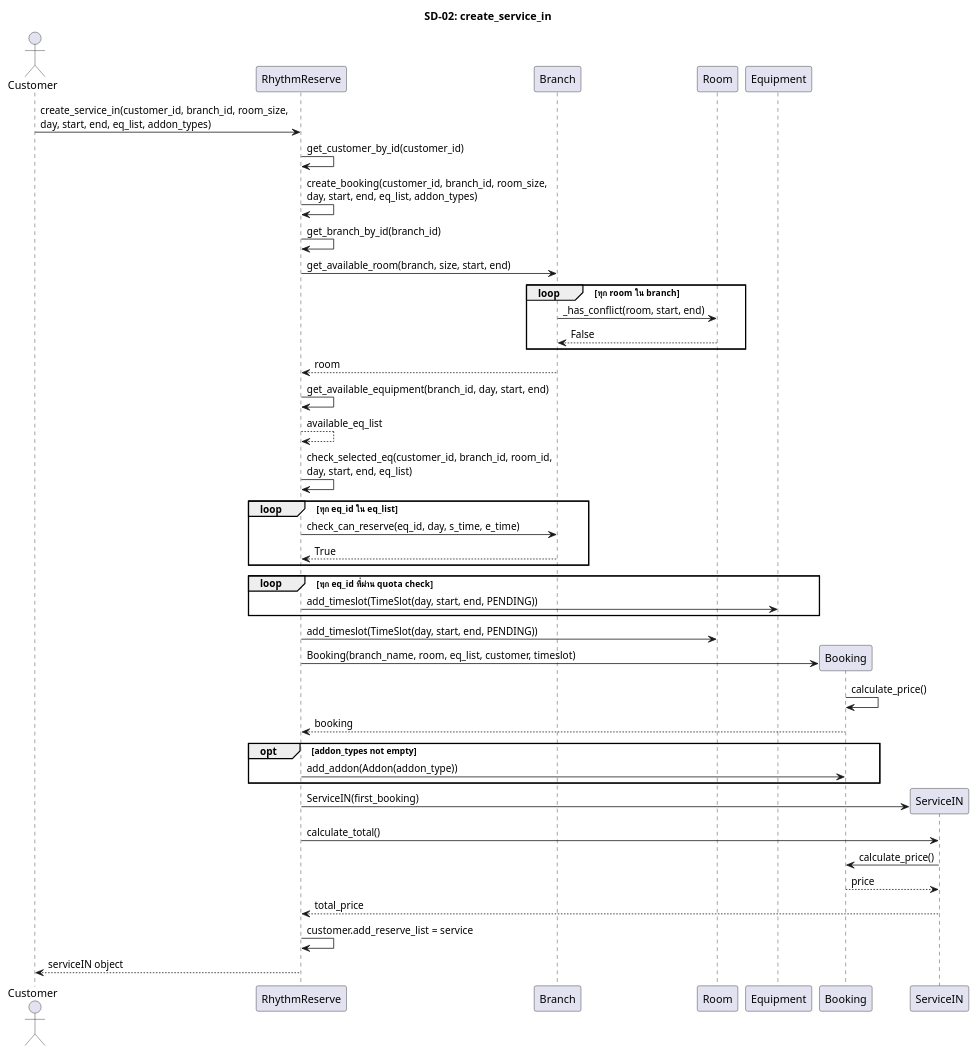
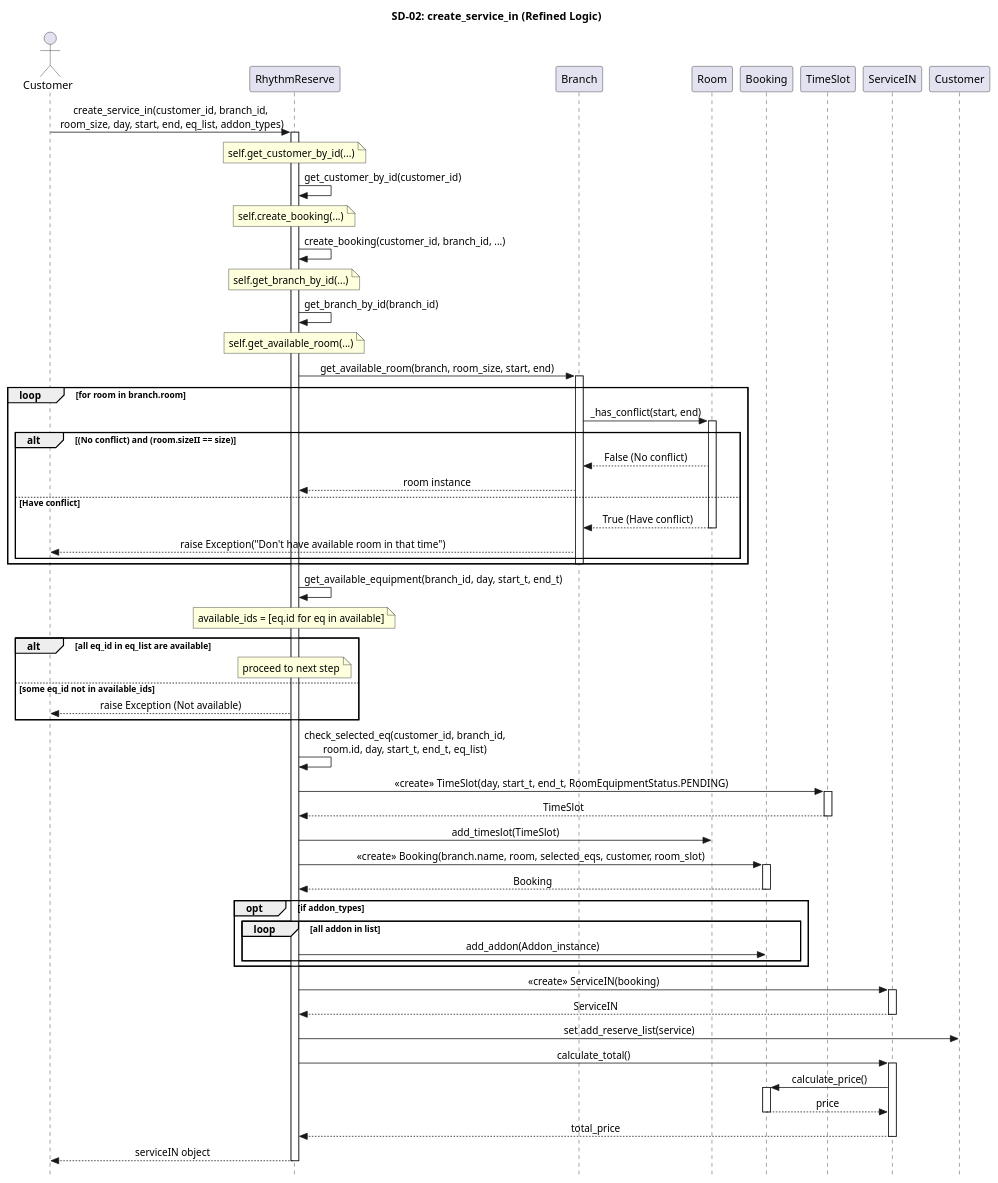
Before and after one commit to pjngth998/RhythmReserve: the diagram in diagram/sequence_diagram/9final_sequence/sd_02_create_service_in.puml, drawn with PlantUML. The commit also changed 1 other file, not shown here.

```diff
--- a/diagram/sequence_diagram/9final_sequence/sd_02_create_service_in.puml
+++ b/diagram/sequence_diagram/9final_sequence/sd_02_create_service_in.puml
@@ -1,59 +1,101 @@
 @startuml
-title SD-02: create_service_in
+title SD-02: create_service_in (Refined Logic)
+
+skinparam Style strictuml
+skinparam sequence {
+    MessageAlignment center
+}
 
 actor Customer as C
 participant "RhythmReserve" as RR
 participant "Branch" as BR
 participant "Room" as RM
-participant "Equipment" as EQ
 participant "Booking" as BK
+participant "TimeSlot" as TS
 participant "ServiceIN" as SIN
+participant "Customer" as CUS
 
-C -> RR : create_service_in(customer_id, branch_id, room_size,\nday, start, end, eq_list, addon_types)
+C -> RR : create_service_in(customer_id, branch_id,\n room_size, day, start, end, eq_list, addon_types)
+activate RR
+Note over RR: self.get_customer_by_id(...)
+RR -> RR : get_customer_by_id(customer_id)
+    '--- Internal Call: create_booking ---
+Note over RR: self.create_booking(...)
+RR -> RR : create_booking(customer_id, branch_id, ...)
+Note over RR: self.get_branch_by_id(...)
+RR -> RR : get_branch_by_id(branch_id)
 
-RR -> RR : get_customer_by_id(customer_id)
-RR -> RR : create_booking(customer_id, branch_id, room_size,\nday, start, end, eq_list, addon_types)
+' เรียกผ่าน branch object
+Note over RR: self.get_available_room(...)
+RR -> BR : get_available_room(branch, room_size, start, end)
+activate BR
+loop for room in branch.room
+     BR -> RM : _has_conflict(start, end)
+     activate RM
+     alt (No conflict) and (room.sizeII == size)
+          RM --> BR : False (No conflict)
+          BR --> RR : room instance
+     else Have conflict
+          RM --> BR : True (Have conflict)
+          deactivate RM
+          BR --> C : raise Exception("Don't have available room in that time")
+     end
+     deactivate BR
+end
 
-    RR -> RR : get_branch_by_id(branch_id)
-    RR -> BR : get_available_room(branch, size, start, end)
+RR -> RR : get_available_equipment(branch_id, day, start_t, end_t)
 
-    loop ทุก room ใน branch
-        BR -> RM : _has_conflict(room, start, end)
-        RM --> BR : False
-    end
-    BR --> RR : room
+note over RR : available_ids = [eq.id for eq in available]
 
-    RR -> RR : get_available_equipment(branch_id, day, start, end)
-    RR --> RR : available_eq_list
+alt all eq_id in eq_list are available
+    note over RR : proceed to next step
+else some eq_id not in available_ids
+    RR --> C : raise Exception (Not available)
+end
 
-    RR -> RR : check_selected_eq(customer_id, branch_id, room_id,\nday, start, end, eq_list)
+RR -> RR : check_selected_eq(customer_id, branch_id,\nroom.id, day, start_t, end_t, eq_list)
 
-    loop ทุก eq_id ใน eq_list
-        RR -> BR : check_can_reserve(eq_id, day, s_time, e_time)
-        BR --> RR : True
-    end
+RR -> TS : <<create>> TimeSlot(day, start_t, end_t, RoomEquipmentStatus.PENDING)
+activate TS
+TS --> RR : TimeSlot
+deactivate TS
+' สร้าง TimeSlot และเพิ่มลงใน Room
+RR -> RM : add_timeslot(TimeSlot)
+' RM -> RM : self.__timeslot.append(new_timeslot)
 
-    loop ทุก eq_id ที่ผ่าน quota check
-        RR -> EQ : add_timeslot(TimeSlot(day, start, end, PENDING))
-    end
+'--- สร้าง Booking Object ---
+RR -> BK : <<create>> Booking(branch.name, room, selected_eqs, customer, room_slot)
+activate BK
+BK --> RR : Booking
+deactivate BK
 
-    RR -> RM : add_timeslot(TimeSlot(day, start, end, PENDING))
+opt if addon_types
+     loop all addon in list
+          RR -> BK : add_addon(Addon_instance)
+     end
+end
 
-    RR -> BK ** : Booking(branch_name, room, eq_list, customer, timeslot)
-    BK -> BK : calculate_price()
-    BK --> RR : booking
+' RR -->> RR : booking instance
+'     deactivate RR
 
-    opt addon_types not empty
-        RR -> BK : add_addon(Addon(addon_type))
-    end
+    '--- กลับมาที่ create_service_in ---
+    RR -> SIN : <<create>> ServiceIN(booking)
+    activate SIN
+    SIN --> RR : ServiceIN
+    deactivate SIN
+    
+    RR -> CUS : set add_reserve_list(service)
+    
+    RR -> SIN : calculate_total()
+    activate SIN
+        SIN -> BK : calculate_price()
+        activate BK
+        BK --> SIN : price
+        deactivate BK
+        SIN --> RR : total_price
+    deactivate SIN
 
-RR -> SIN ** : ServiceIN(first_booking)
-RR -> SIN : calculate_total()
-SIN -> BK : calculate_price()
-BK --> SIN : price
-SIN --> RR : total_price
-
-RR -> RR : customer.add_reserve_list = service
 RR --> C : serviceIN object
+deactivate RR
 
 @enduml
```
